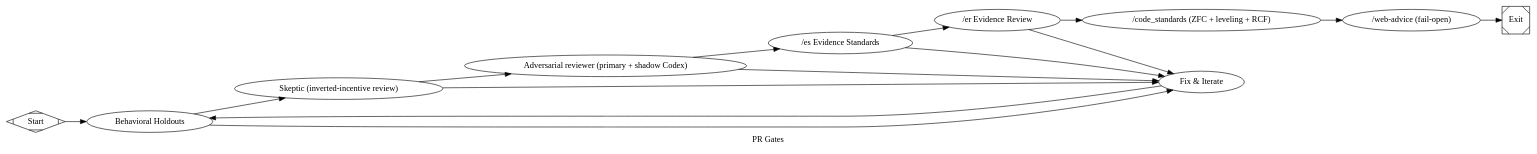
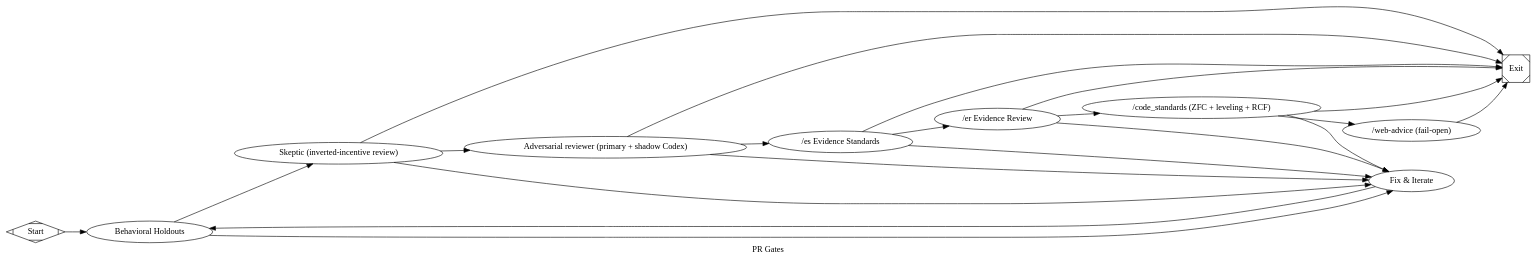
Before and after one commit to jleechanorg/dark-factory: the diagram in pipelines/factory/pr_gates.dot, drawn with Graphviz. The commit also changed 17 other files, not shown here.

First line of the commit message:
fix(factory): fix node must only fire on an actionable finding [claude][claude-sonnet-5] (#832)

```diff
--- a/pipelines/factory/pr_gates.dot
+++ b/pipelines/factory/pr_gates.dot
@@ -1,107 +1,127 @@
 digraph pr_gates {
     graph [
         goal="PR validation: sealed holdouts + 3 adversarial gates."
         level5="true"
         label="PR Gates"
         skip_explore="true"
         skip_plan="true"
         skip_implement="true"
     ]
     rankdir=LR
 
     start [shape=Mdiamond, label="Start"]
     exit  [shape=Msquare,  label="Exit"]
 
     // Holdout-always policy: PR diffs run the sealed behavioral holdouts
     // first — evidence gates grade the diff's story, holdouts grade its
     // behavior. Feature comes from --feature / ctx.state["feature"].
     holdout         [type="holdout_eval",        label="Behavioral Holdouts",          feature="${state.feature}", timeout=600]
     gate_skeptic [
         type="gate_skeptic",
         label="Skeptic (inverted-incentive review)",
         backend_priority="codex,minimax,agy,claude-sonnet",
         prefer_adversarial="true",
+        max_retries=2,
         timeout=600
     ]
     adversarial_reviewer [
         type="parallel_reviewer",
         label="Adversarial reviewer (primary + shadow Codex)",
         review_contract="cold-review-v1",
         backend_priority="codex,minimax,agy,claude-sonnet",
         prefer_adversarial="true",
         receipt_required="true",
         timeout=600
     ]
     gate_es [
         type="gate_es",
         label="/es Evidence Standards",
         backend_priority="codex,minimax,agy,claude-sonnet",
         prefer_adversarial="true",
         gate_strict="true",
         timeout=600
     ]
     gate_er [
         type="gate_er",
         label="/er Evidence Review",
         backend_priority="codex,minimax,agy,claude-sonnet",
         prefer_adversarial="true",
         gate_strict="true",
         timeout=600
     ]
     gate_cs [
         type="gate_code_standards",
         label="/code_standards (ZFC + leveling + RCF)",
         backend_priority="codex,minimax,agy,claude-sonnet",
         prefer_adversarial="true",
         gate_strict="true",
         timeout=600
     ]
 
     // /web-advice fail-open advisory node
     web_advice [
         type="web_advice",
         label="/web-advice (fail-open)",
         prompt="@prompts/web_advice.txt",
         backend="claude",
         timeout=900,
         min_diff_lines="5",
         transport="auto",
         decision="continue",
         fail_open="true",
         description="Multi-model browser review (gemini/grok/chatgpt/perplexity) via real authenticated browser sessions. FAIL-OPEN: never blocks. Signal goes to CXDB + PR comment."
     ]
 
     // Bounded fix loop: any reviewer verdict other than success routes here
     // so the PR lane can iterate on the diff rather than terminating on a
     // first failure (per factory-evolve G2 fix-loop contract).
     fix [
         type="codergen",
         label="Fix & Iterate",
         class="fix",
         prompt="@prompts/slim/fix.md",
         max_visits="3",
         timeout=600
     ]
 
+    // dark-factory#828: `fix` must only fire on an actionable finding, not
+    // a gate that produced no real verdict at all or hit an infra problem
+    // — routing either there let the coder improvise destructively with a
+    // live PR checked out (real incident, 2026-08-30 — this exact
+    // pipeline, PR #9583). Mirrors pipelines/factory/gates.dot's mechanism
+    // split (see that file's comment for the full rationale): gate_skeptic
+    // uses the `no_verdict=true` metadata flag from its bespoke
+    // RuleLoader/VerifierDispatcher implementation (issue #827 Defect 1,
+    // dark-factory#830); the other four gates route through
+    // runner/handler_verdict.py's `_parse_verdict`, where a null/
+    // unparseable verdict normalizes to outcome=error (same bucket as a
+    // genuine infra problem), NOT failure. Both route straight to exit —
+    // same "stop, don't act" contract as web_advice below.
     start -> holdout
     holdout -> gate_skeptic [condition="outcome=success"]
     holdout -> fix         [condition="outcome!=success"]
 
     gate_skeptic -> adversarial_reviewer [condition="outcome=success"]
-    gate_skeptic -> fix                  [condition="outcome!=success"]
+    gate_skeptic -> exit                 [condition="no_verdict=true"]
+    gate_skeptic -> fix                  [condition="outcome!=success and no_verdict!=true"]
 
     adversarial_reviewer -> gate_es [condition="outcome=success"]
-    adversarial_reviewer -> fix     [condition="outcome!=success"]
+    adversarial_reviewer -> fix     [condition="outcome=failure"]
+    adversarial_reviewer -> exit    [condition="outcome=error"]
 
     gate_es -> gate_er [condition="outcome=success"]
-    gate_es -> fix     [condition="outcome!=success"]
+    gate_es -> fix     [condition="outcome=failure"]
+    gate_es -> exit    [condition="outcome=error"]
 
     gate_er -> gate_cs [condition="outcome=success"]
-    gate_er -> fix     [condition="outcome!=success"]
+    gate_er -> fix     [condition="outcome=failure"]
+    gate_er -> exit    [condition="outcome=error"]
 
     gate_cs -> web_advice [condition="outcome=success"]
+    gate_cs -> fix        [condition="outcome=failure"]
+    gate_cs -> exit       [condition="outcome=error"]
 
     // Fail-open heart: single unconditional edge to exit.
     web_advice -> exit
     fix -> holdout
 }
```
